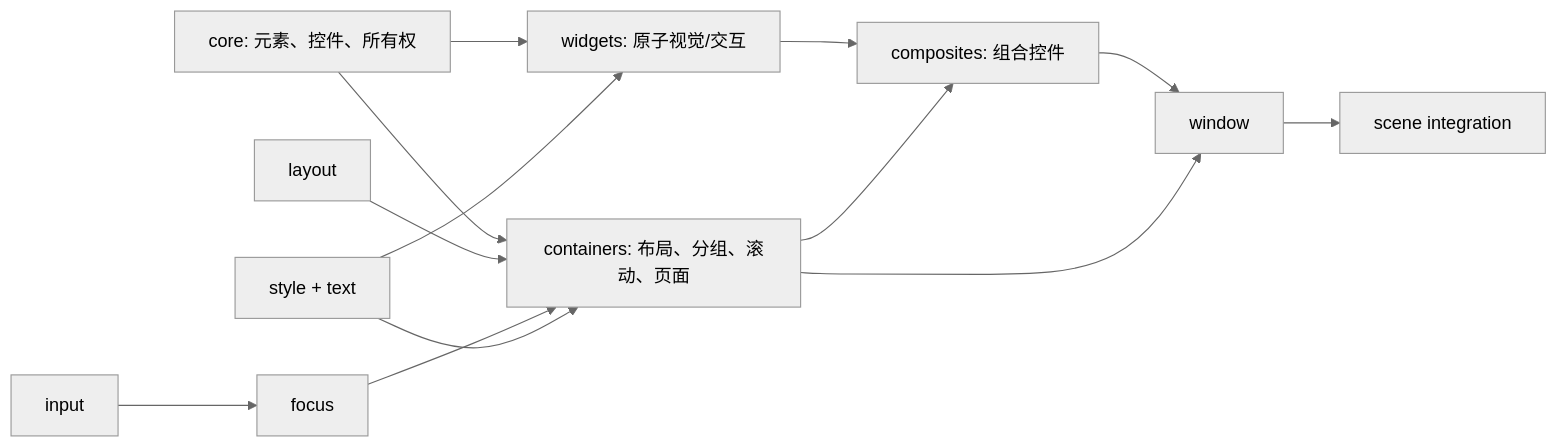
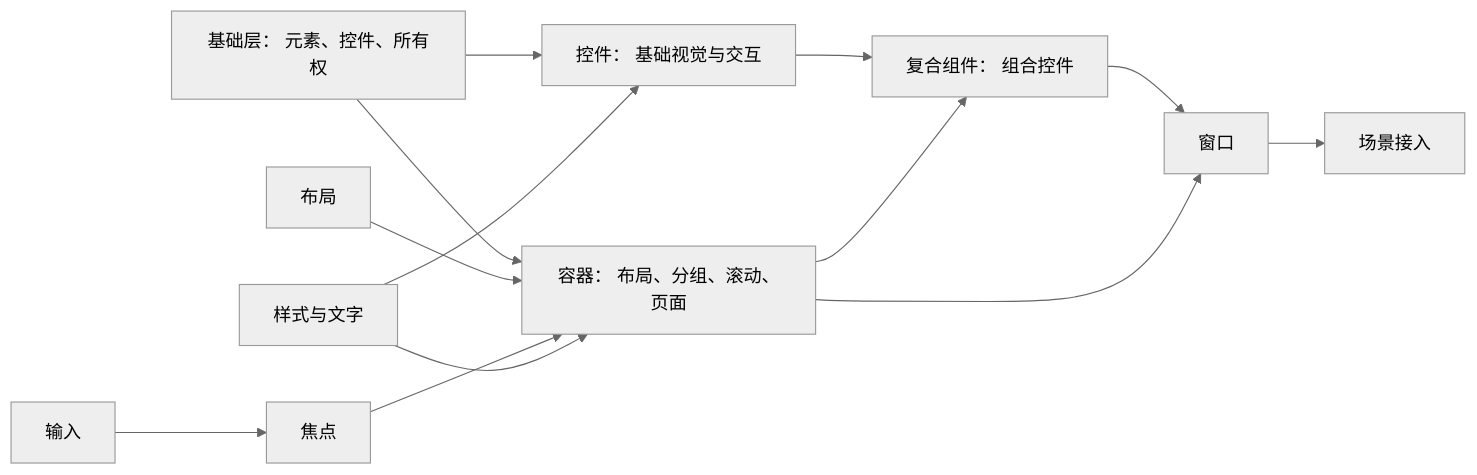
The first of 3 diagrams in docs/zh-CN/architecture/subsystems/ui/architecture.md (Akil0814/ElysiaEngine), drawn with Mermaid (neutral theme) before and after one commit. The commit also changed other lines of this file and 344 other files, not shown here.

````diff
--- a/docs/zh-CN/architecture/subsystems/ui/architecture.md
+++ b/docs/zh-CN/architecture/subsystems/ui/architecture.md
@@ -9,15 +11,15 @@
 ```mermaid
 flowchart LR
-  Core[core: 元素、控件、所有权] --> Widgets[widgets: 原子视觉/交互]
-  Core --> Containers[containers: 布局、分组、滚动、页面]
-  Layout[layout] --> Containers
-  Input[input] --> Focus[focus]
+  Core[基础层： 元素、控件、所有权] --> Widgets[控件： 基础视觉与交互]
+  Core --> Containers[容器： 布局、分组、滚动、页面]
+  Layout[布局] --> Containers
+  Input[输入] --> Focus[焦点]
   Focus --> Containers
-  Style[style + text] --> Widgets
+  Style[样式与文字] --> Widgets
   Style --> Containers
-  Widgets --> Composites[composites: 组合控件]
+  Widgets --> Composites[复合组件： 组合控件]
   Containers --> Composites
-  Composites --> Window[window]
+  Composites --> Window[窗口]
   Containers --> Window
-  Window --> Scene[scene integration]
+  Window --> Scene[场景接入]
 ```
````
